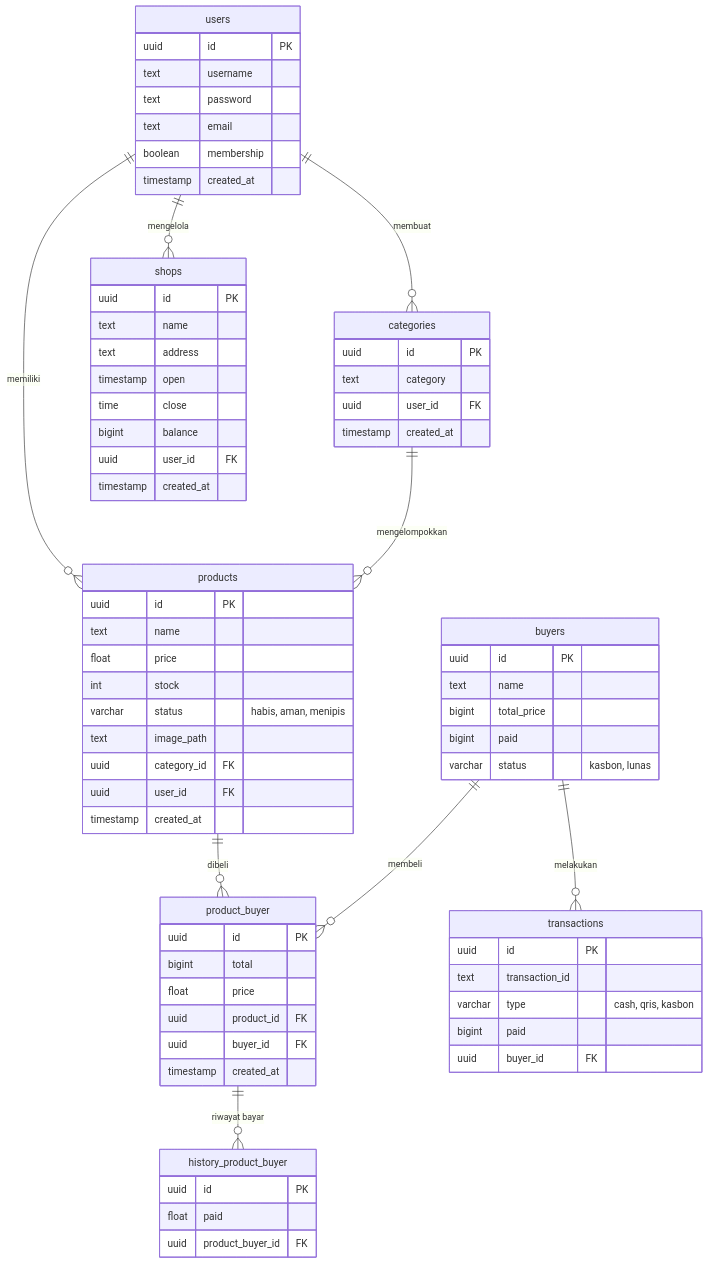
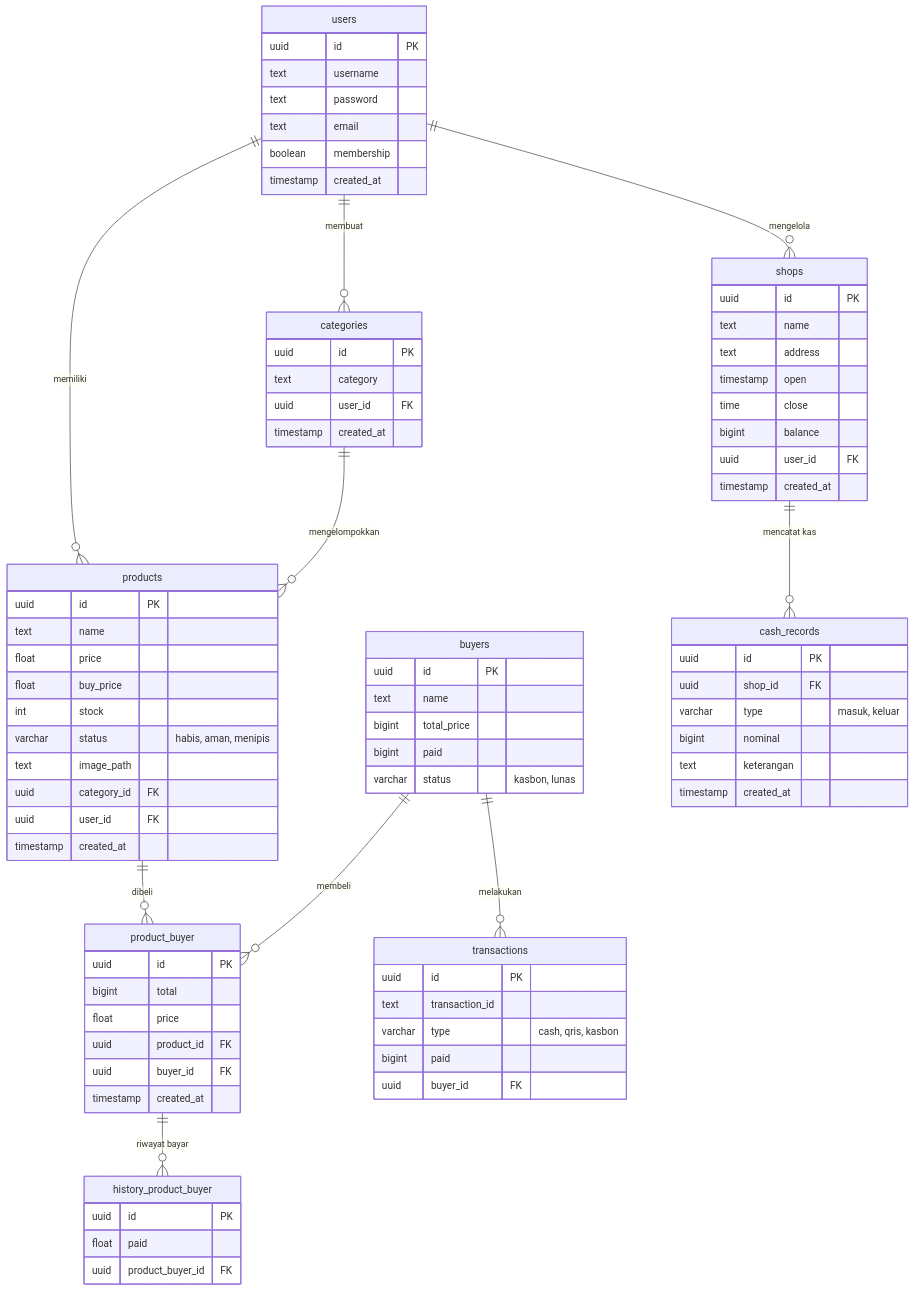
The seventh of 8 diagrams in RULE.md (eLDeDestroyah/NAVA-point-of-sale), drawn with Mermaid before and after one commit. The commit also changed 14 other files, not shown here.

````diff
--- a/RULE.md
+++ b/RULE.md
@@ -286,6 +286,7 @@
     buyers ||--o{ product_buyer : "membeli"
     buyers ||--o{ transactions : "melakukan"
     product_buyer ||--o{ history_product_buyer : "riwayat bayar"
+    shops ||--o{ cash_records : "mencatat kas"
 
     users {
         uuid id PK
@@ -307,6 +308,7 @@
         uuid id PK
         text name
         float price
+        float buy_price
         int stock
         varchar status "habis, aman, menipis"
         text image_path
@@ -356,4 +358,13 @@
         bigint paid
         uuid buyer_id FK
     }
+
+    cash_records {
+        uuid id PK
+        uuid shop_id FK
+        varchar type "masuk, keluar"
+        bigint nominal
+        text keterangan
+        timestamp created_at
+    }
 ```
````
